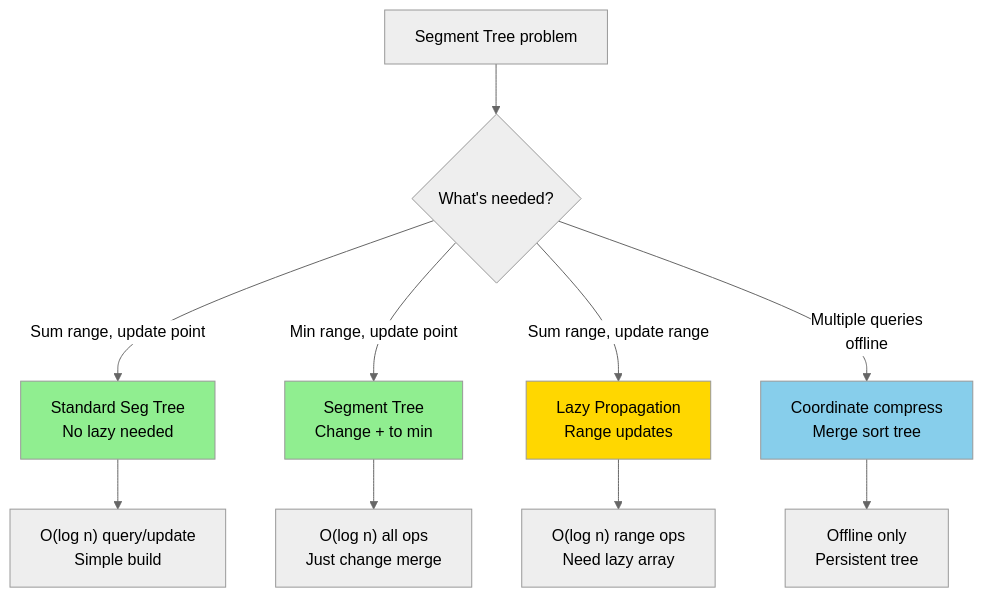
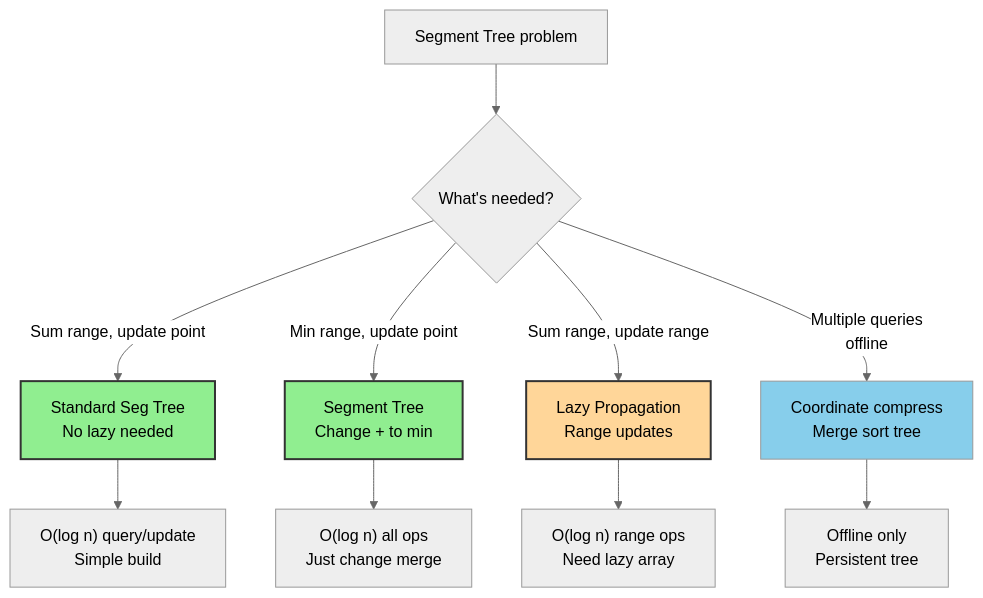
The fourth of 4 diagrams in docs/advanced/segment_tree.md (souradeepta/interviewprep), drawn with Mermaid (neutral theme) before and after one commit. The commit also changed other lines of this file and 31 other files, not shown here.

Commit message:
updated graphs

````diff
--- a/docs/advanced/segment_tree.md
+++ b/docs/advanced/segment_tree.md
@@ -91,19 +91,19 @@
 ```mermaid
 graph TD
     A["Segment Tree problem"] --> B{"What's needed?"}
     
     B -->|Sum range, update point| C["Standard Seg Tree<br/>No lazy needed"]
     B -->|Min range, update point| D["Segment Tree<br/>Change + to min"]
     B -->|Sum range, update range| E["Lazy Propagation<br/>Range updates"]
     B -->|Multiple queries<br/>offline| F["Coordinate compress<br/>Merge sort tree"]
     
     C --> G["O(log n) query/update<br/>Simple build"]
     D --> H["O(log n) all ops<br/>Just change merge"]
     E --> I["O(log n) range ops<br/>Need lazy array"]
     F --> J["Offline only<br/>Persistent tree"]
     
-    style C fill:#90EE90
-    style D fill:#90EE90
-    style E fill:#FFD700
+    style C fill:#90ee90,color:#000,stroke:#333,stroke-width:2px
+    style D fill:#90ee90,color:#000,stroke:#333,stroke-width:2px
+    style E fill:#ffd699,color:#000,stroke:#333,stroke-width:2px
     style F fill:#87CEEB
 ```
````
